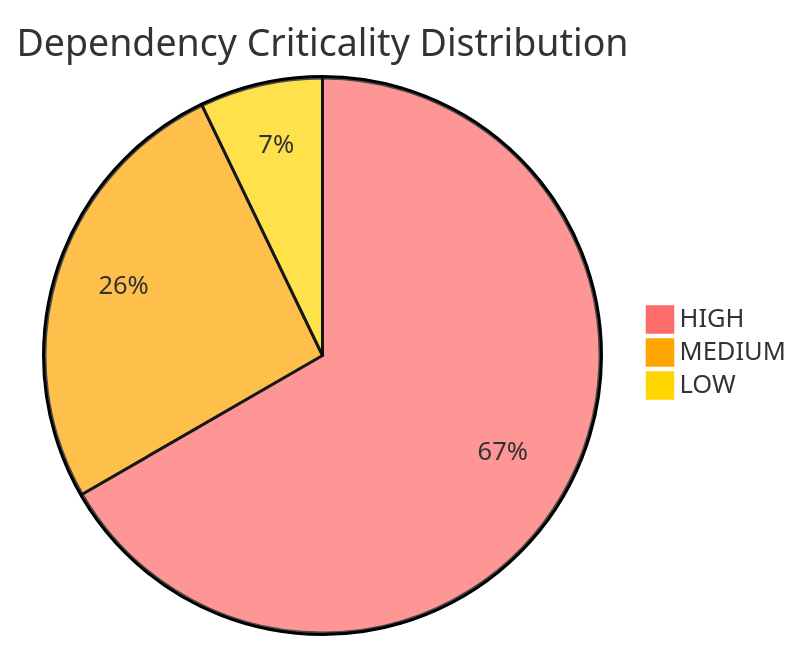
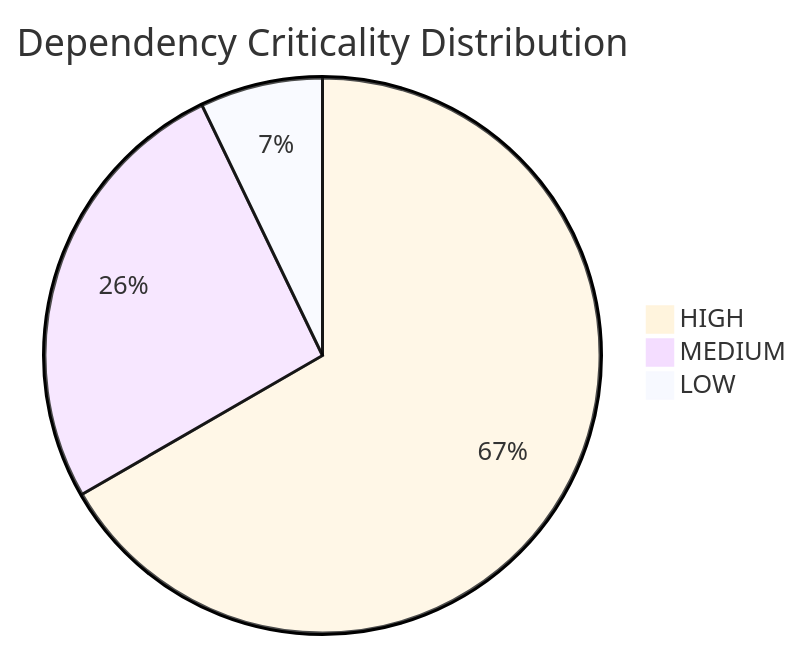
Before and after one commit to Lizo-RoadTown/PROVES_LIBRARY: the fifth of 5 diagrams in docs/diagrams/overview.md, drawn with Mermaid. The commit also changed other lines of this file and 14 other files, not shown here.

First line of the commit message:
Apply professional theme to all Mermaid diagrams

````diff
--- a/docs/diagrams/overview.md
+++ b/docs/diagrams/overview.md
@@ -188,7 +275,13 @@
 ```mermaid
-%%{init: {'theme':'base', 'themeVariables': { 'pie1':'#ff6b6b', 'pie2':'#ffa500', 'pie3':'#ffd700'}}}%%
+%%{init: {
+  'theme': 'base',
+  'themeVariables': {
+    'fontFamily': 'system-ui, -apple-system, sans-serif',
+    'fontSize': '14px'
+  }
+}}%%
 pie title Dependency Criticality Distribution
     "HIGH" : 28
     "MEDIUM" : 11
     "LOW" : 3
 ```
````
